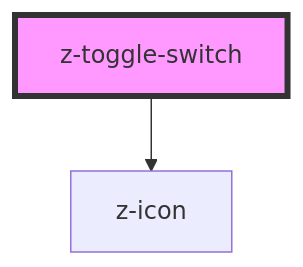
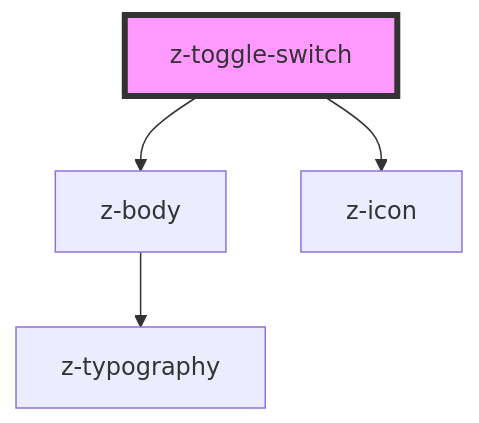
The diagram in src/components/buttons/z-toggle-switch/readme.md (ZanichelliEditore/design-system), drawn with Mermaid before and after one commit. The commit also changed other lines of this file and 3 other files, not shown here.

````diff
--- a/src/components/buttons/z-toggle-switch/readme.md
+++ b/src/components/buttons/z-toggle-switch/readme.md
@@ -32,5 +33,7 @@
 ```mermaid
 graph TD;
+  z-toggle-switch --> z-body
   z-toggle-switch --> z-icon
+  z-body --> z-typography
   style z-toggle-switch fill:#f9f,stroke:#333,stroke-width:4px
 ```
````
